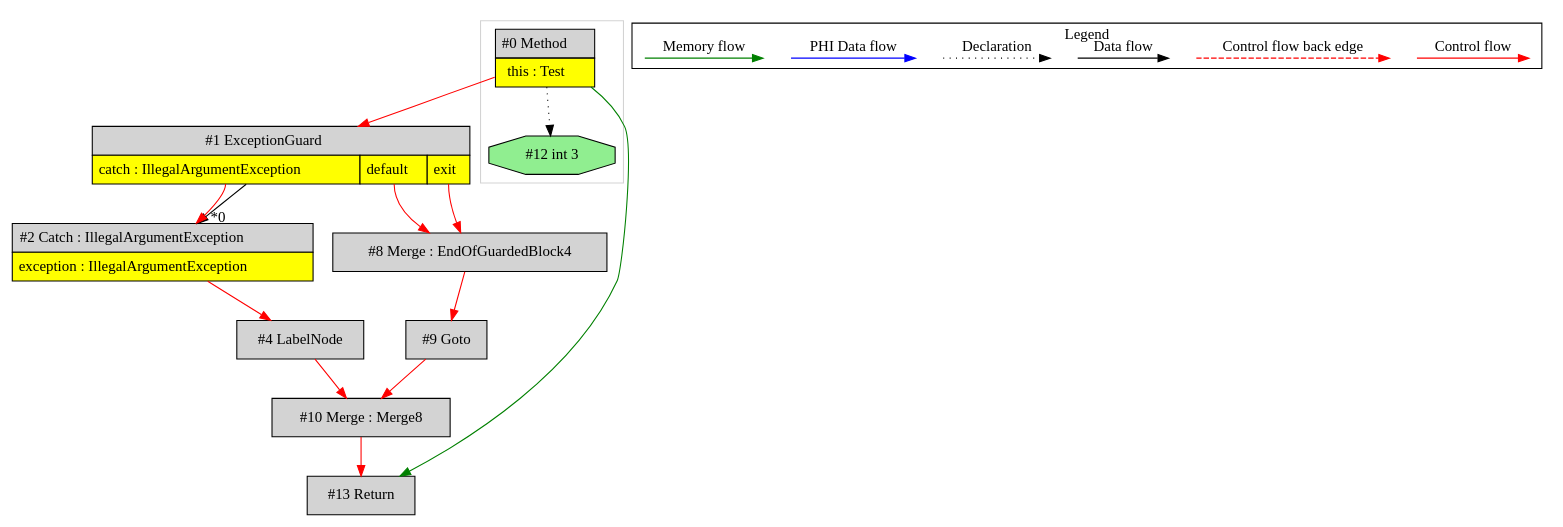
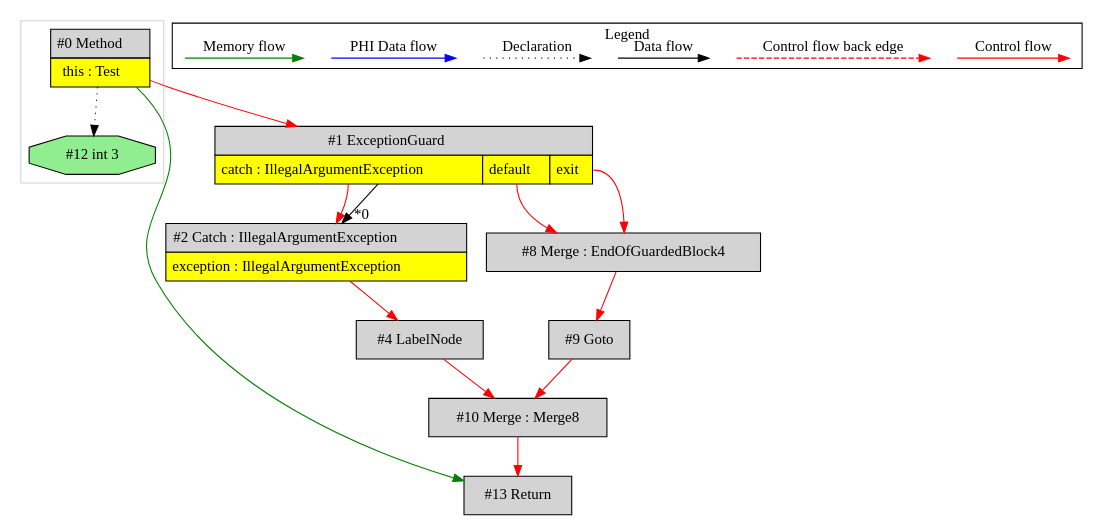
Before and after one commit to mirkosertic/MetaIR: the diagram in de.mirkosertic.metair.ir.OpcodeTryCatchTest/test_SimpleCatch/ir.dot, drawn with Graphviz. The commit also changed other lines of this file and 1410 other files, not shown here.

```diff
--- a/de.mirkosertic.metair.ir.OpcodeTryCatchTest/test_SimpleCatch/ir.dot
+++ b/de.mirkosertic.metair.ir.OpcodeTryCatchTest/test_SimpleCatch/ir.dot
@@ -1,54 +1,54 @@
 digraph {
  node0[margin="0", label=<<table border="0" cellborder="1" cellspacing="0" cellpadding="5"><tr><td colspan="1">#0 Method</td></tr><tr><td port="prj11" bgcolor="yellow">this : Test</td></tr></table>>,shape=none, fillcolor=lightgrey, style=filled];
- node1[margin="0", label=<<table border="0" cellborder="1" cellspacing="0" cellpadding="5"><tr><td colspan="3">#1 ExceptionGuard</td></tr><tr><td port="prj5" bgcolor="yellow">catch : IllegalArgumentException</td><td port="prj6" bgcolor="yellow">default</td><td port="prj7" bgcolor="yellow">exit</td></tr></table>>,shape=none, fillcolor=lightgrey, style=filled];
- node0 -> node1[labeldistance=2, color=red, fontcolor=red];
- node8[label="#8 Merge : EndOfGuardedBlock4",shape=box, fillcolor=lightgrey, style=filled];
- node1:prj6 -> node8[labeldistance=2, color=red, fontcolor=red];
- node1:prj7 -> node8[labeldistance=2, color=red, fontcolor=red];
- node9[label="#9 Goto",shape=box, fillcolor=lightgrey, style=filled];
- node8 -> node9[labeldistance=2, color=red, fontcolor=red];
+ node13[label="#13 Return",shape=box, fillcolor=lightgrey, style=filled];
+ node10 -> node13[labeldistance=2, color=red, fontcolor=red];
+ node0 -> node13[labeldistance=2, color=green, constraint=false];
  node10[label="#10 Merge : Merge8",shape=box, fillcolor=lightgrey, style=filled];
  node9 -> node10[labeldistance=2, color=red, fontcolor=red];
  node4 -> node10[labeldistance=2, color=red, fontcolor=red];
  node4[label="#4 LabelNode",shape=box, fillcolor=lightgrey, style=filled];
  node2 -> node4[labeldistance=2, color=red, fontcolor=red];
  node2[margin="0", label=<<table border="0" cellborder="1" cellspacing="0" cellpadding="5"><tr><td colspan="1">#2 Catch : IllegalArgumentException</td></tr><tr><td port="prj3" bgcolor="yellow">exception : IllegalArgumentException</td></tr></table>>,shape=none, fillcolor=lightgrey, style=filled];
  node1 -> node2[headlabel="*0", labeldistance=2];
  node1:prj5 -> node2[labeldistance=2, color=red, fontcolor=red];
- node13[label="#13 Return",shape=box, fillcolor=lightgrey, style=filled];
- node10 -> node13[labeldistance=2, color=red, fontcolor=red];
- node0 -> node13[labeldistance=2, color=green, constraint=false];
+ node1[margin="0", label=<<table border="0" cellborder="1" cellspacing="0" cellpadding="5"><tr><td colspan="3">#1 ExceptionGuard</td></tr><tr><td port="prj5" bgcolor="yellow">catch : IllegalArgumentException</td><td port="prj6" bgcolor="yellow">default</td><td port="prj7" bgcolor="yellow">exit</td></tr></table>>,shape=none, fillcolor=lightgrey, style=filled];
+ node0 -> node1[labeldistance=2, color=red, fontcolor=red];
+ node8[label="#8 Merge : EndOfGuardedBlock4",shape=box, fillcolor=lightgrey, style=filled];
+ node1:prj6 -> node8[labeldistance=2, color=red, fontcolor=red];
+ node1:prj7 -> node8[labeldistance=2, color=red, fontcolor=red];
+ node9[label="#9 Goto",shape=box, fillcolor=lightgrey, style=filled];
+ node8 -> node9[labeldistance=2, color=red, fontcolor=red];
  node12[label="#12 int 3",shape=octagon, fillcolor=lightgreen, style=filled];
  node0 -> node12[style=dotted];
  subgraph cluster_0 {
   color=lightgray;
   node0;
   node12;
  }
  subgraph cluster_000 {
   label = "Legend";
   node [shape=point]
   {
    rank=same;
    c0 [style = invis];
    c1 [style = invis];
    c2 [style = invis];
    c3 [style = invis];
    d0 [style = invis];
    d1 [style = invis];
    d2 [style = invis];
    d3 [style = invis];
    d4 [style = invis];
    d5 [style = invis];
    d6 [style = invis];
    d7 [style = invis];
   }
   c0 -> c1 [label="Control flow", style=solid, color=red]
   c2 -> c3 [label="Control flow back edge", style=dashed, color=red]
   d0 -> d1 [label="Data flow"]
   d2 -> d3 [label="Declaration", style=dotted]
   d4 -> d5 [label="PHI Data flow", color=blue]
   d6 -> d7 [label="Memory flow", color=green]
  }
 
 }
```
